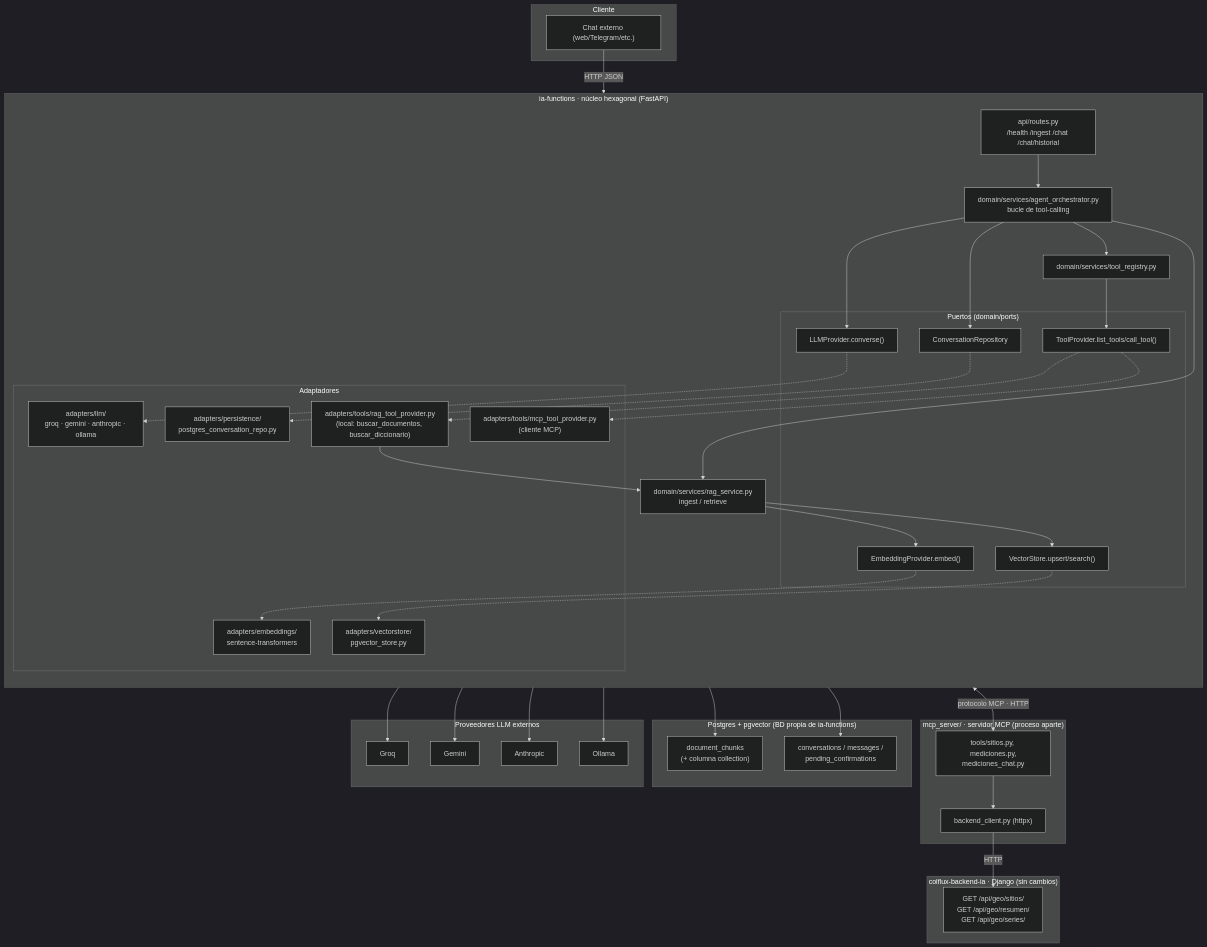
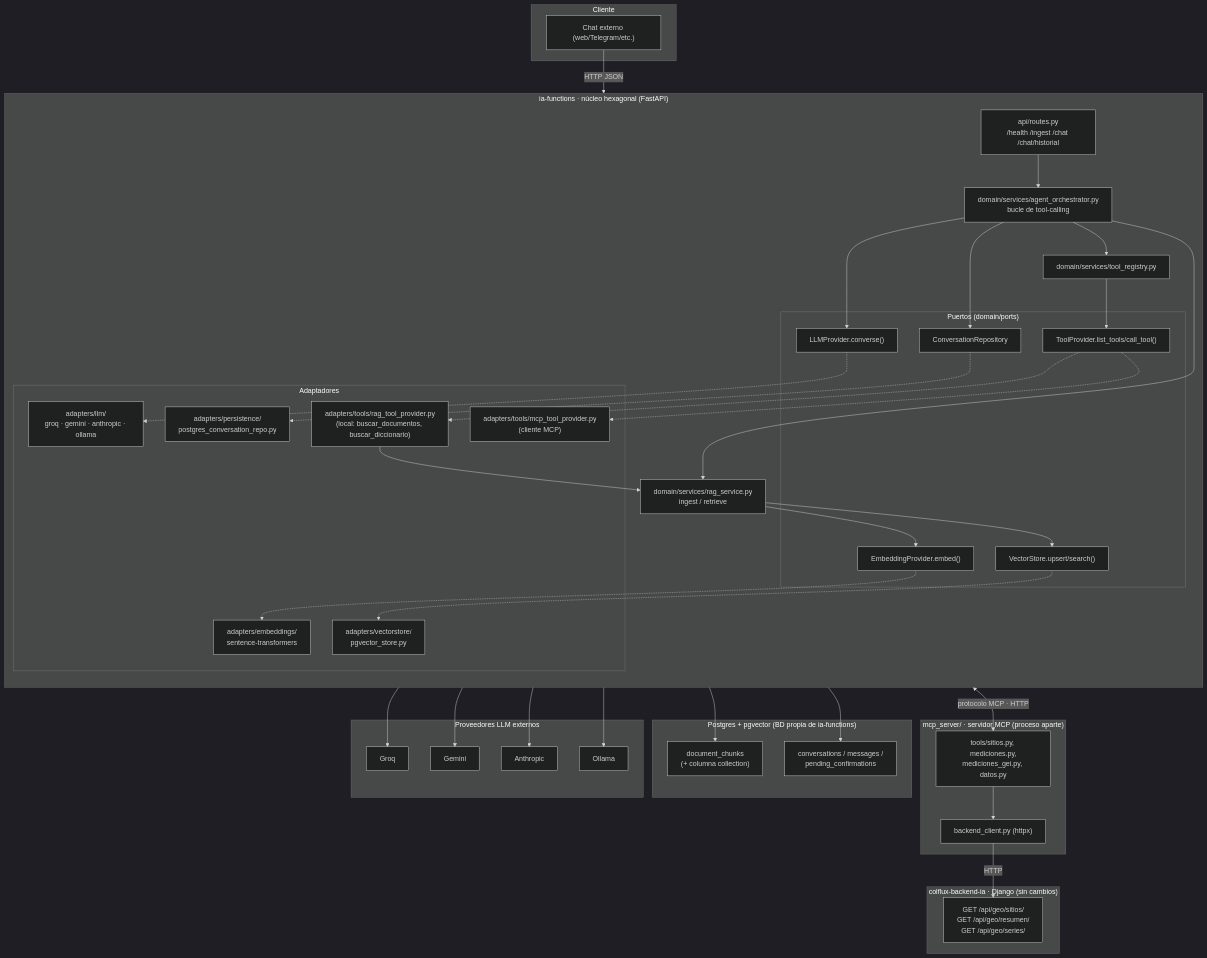
Before and after one commit to colflux/ia-functions: the diagram in arquitectura.md, drawn with Mermaid (dark theme). The commit also changed other lines of this file and 21 other files, not shown here.

Commit message:
feat: mediciones dictadas en el chat, Excel de lo consultado y datos reales por sitio y punto

````diff
--- a/arquitectura.md
+++ b/arquitectura.md
@@ -46,67 +46,67 @@
 ```mermaid
 flowchart TB
     subgraph Client["Cliente"]
         FE["Chat externo (web/Telegram/etc.)"]
     end
 
     subgraph Hexagon["ia-functions · núcleo hexagonal (FastAPI)"]
         direction TB
         Routes["api/routes.py\n/health /ingest /chat /chat/historial"]
         Orchestrator["domain/services/agent_orchestrator.py\nbucle de tool-calling"]
         RagService["domain/services/rag_service.py\ningest / retrieve"]
         ToolRegistry["domain/services/tool_registry.py"]
 
         subgraph Ports["Puertos (domain/ports)"]
             PLlm["LLMProvider.converse()"]
             PEmb["EmbeddingProvider.embed()"]
             PVec["VectorStore.upsert/search()"]
             PTool["ToolProvider.list_tools/call_tool()"]
             PConv["ConversationRepository"]
         end
 
         subgraph AdaptersIn["Adaptadores"]
             ALlm["adapters/llm/\ngroq · gemini · anthropic · ollama"]
             AEmb["adapters/embeddings/\nsentence-transformers"]
             AVec["adapters/vectorstore/\npgvector_store.py"]
             ARagTool["adapters/tools/rag_tool_provider.py\n(local: buscar_documentos, buscar_diccionario)"]
             AMcpTool["adapters/tools/mcp_tool_provider.py\n(cliente MCP)"]
             AConv["adapters/persistence/\npostgres_conversation_repo.py"]
         end
     end
 
     subgraph McpServer["mcp_server/ · servidor MCP (proceso aparte)"]
-        McpTools["tools/sitios.py, mediciones.py,\nmediciones_chat.py"]
+        McpTools["tools/sitios.py, mediciones.py,\nmediciones_gei.py, datos.py"]
         BackendClient["backend_client.py (httpx)"]
     end
 
     subgraph Backend["colflux-backend-ia · Django (sin cambios)"]
         GeoApi["GET /api/geo/sitios/\nGET /api/geo/resumen/\nGET /api/geo/series/"]
     end
 
     subgraph DB["Postgres + pgvector (BD propia de ia-functions)"]
         Chunks["document_chunks\n(+ columna collection)"]
         Conv["conversations / messages /\npending_confirmations"]
     end
 
     subgraph LLMs["Proveedores LLM externos"]
         Groq["Groq"]; Gemini["Gemini"]; Anthropic["Anthropic"]; Ollama["Ollama"]
     end
 
     FE -->|HTTP JSON| Routes
     Routes --> Orchestrator
     Orchestrator --> RagService
     Orchestrator --> ToolRegistry
     Orchestrator --> PLlm
     Orchestrator --> PConv
     RagService --> PEmb
     RagService --> PVec
     ToolRegistry --> PTool
     PLlm -.-> ALlm --> Groq & Gemini & Anthropic & Ollama
     PEmb -.-> AEmb
     PVec -.-> AVec --> Chunks
     PConv -.-> AConv --> Conv
     PTool -.-> ARagTool --> RagService
     PTool -.-> AMcpTool
     AMcpTool <-->|protocolo MCP · HTTP| McpTools
     McpTools --> BackendClient -->|HTTP| GeoApi
 ```
````
